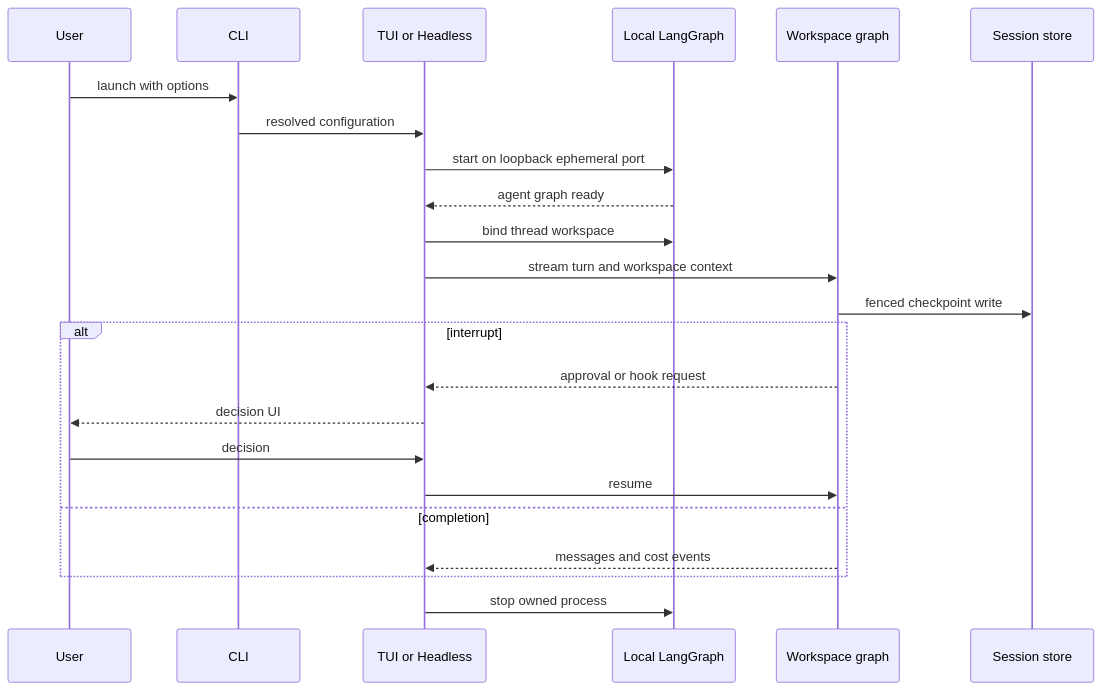
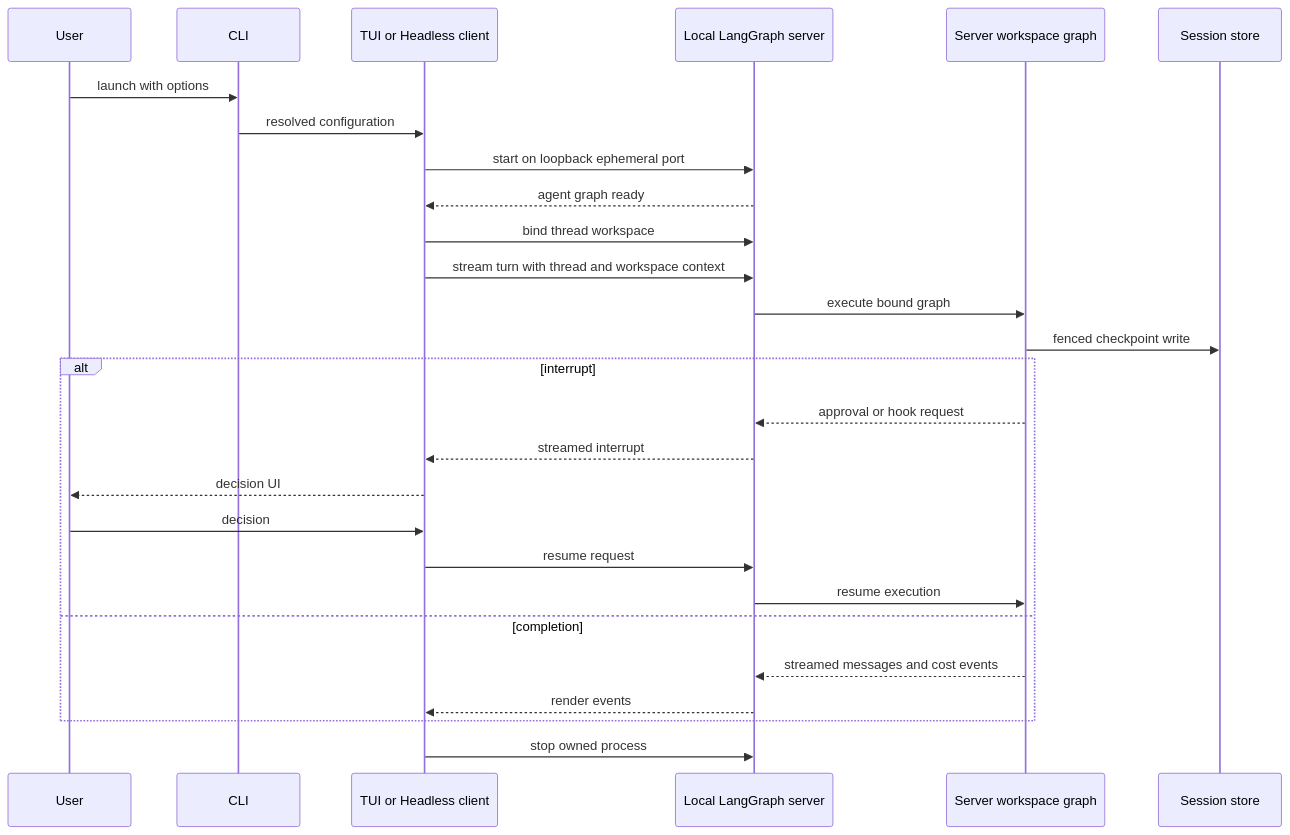
One commit to langchain-ai/deepagents changed the first of 3 diagrams in openwiki/workflows/run-dcode-session.md. Above: the diagram before and after it, drawn with Mermaid. The commit also changed other lines of this file and 47 other files, not shown here.

````diff
--- a/openwiki/workflows/run-dcode-session.md
+++ b/openwiki/workflows/run-dcode-session.md
@@ -82,25 +90,29 @@
 ```mermaid
 sequenceDiagram
     participant User
     participant CLI
-    participant Client as TUI or Headless
-    participant Server as Local LangGraph
-    participant Graph as Workspace graph
+    participant Client as TUI or Headless client
+    participant Server as Local LangGraph server
+    participant Graph as Server workspace graph
     participant Store as Session store
     User->>CLI: launch with options
     CLI->>Client: resolved configuration
     Client->>Server: start on loopback ephemeral port
     Server-->>Client: agent graph ready
     Client->>Server: bind thread workspace
-    Client->>Graph: stream turn and workspace context
+    Client->>Server: stream turn with thread and workspace context
+    Server->>Graph: execute bound graph
     Graph->>Store: fenced checkpoint write
     alt interrupt
-        Graph-->>Client: approval or hook request
+        Graph-->>Server: approval or hook request
+        Server-->>Client: streamed interrupt
         Client-->>User: decision UI
         User->>Client: decision
-        Client->>Graph: resume
+        Client->>Server: resume request
+        Server->>Graph: resume execution
     else completion
-        Graph-->>Client: messages and cost events
+        Graph-->>Server: streamed messages and cost events
+        Server-->>Client: render events
     end
     Client->>Server: stop owned process
 ```
````
